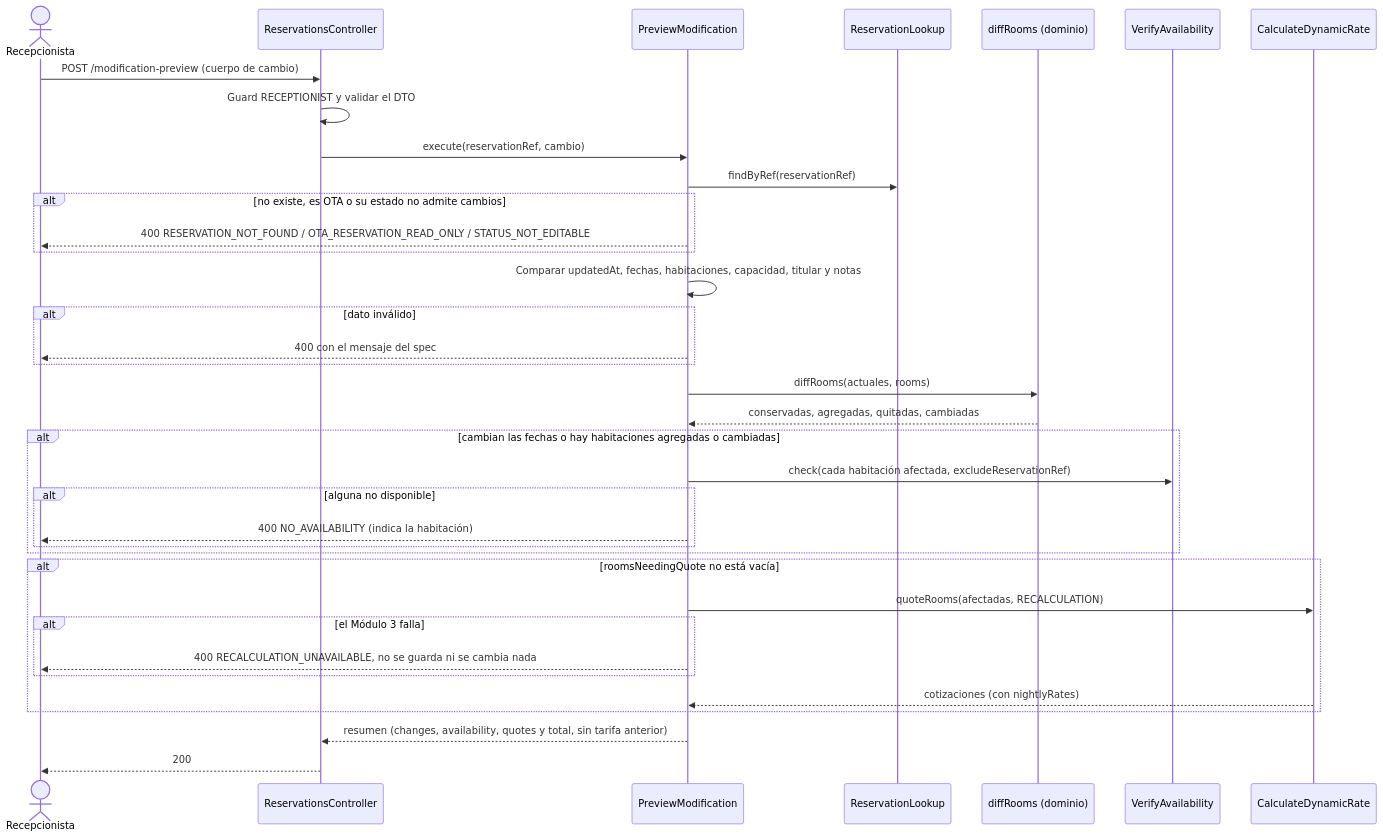
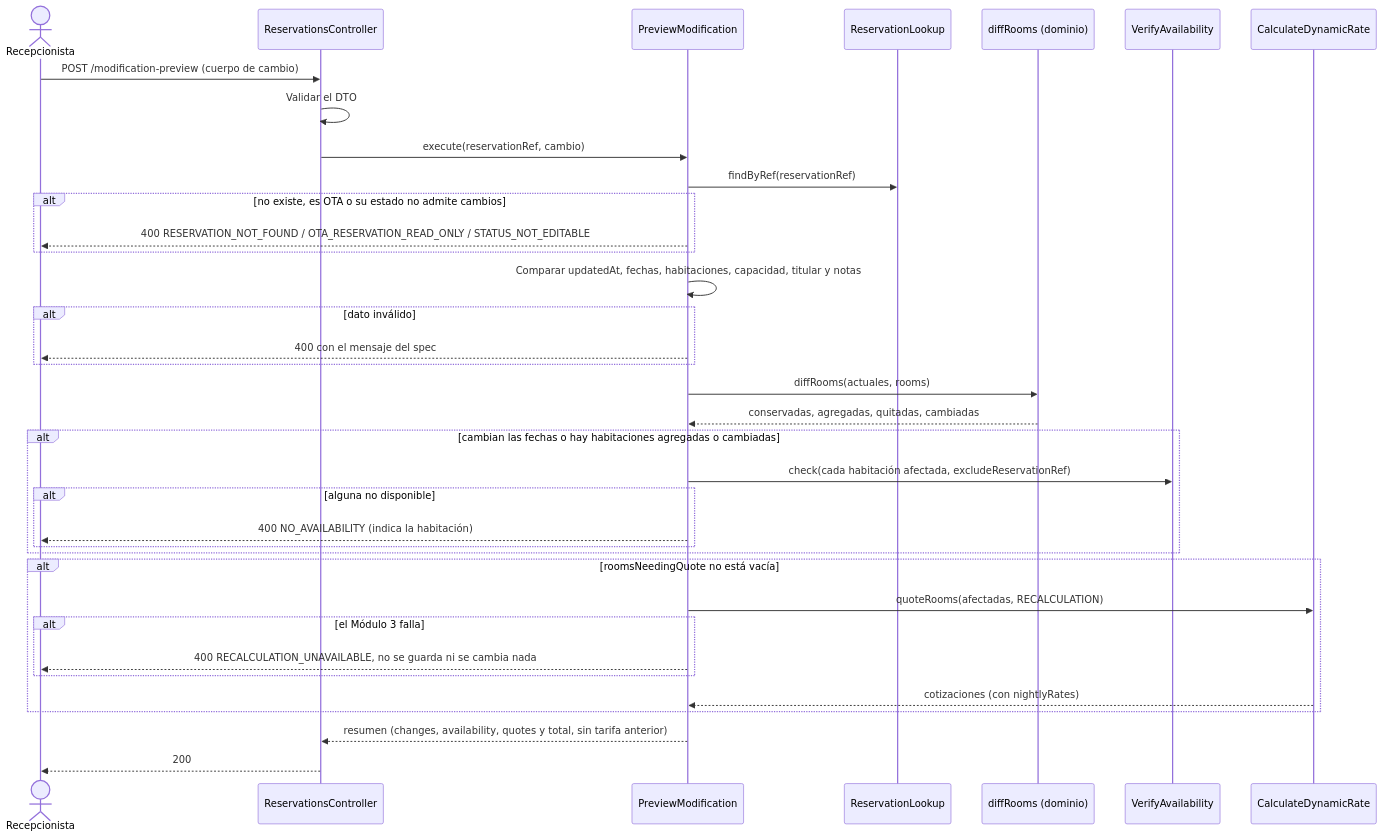
Before and after one commit to Lapicero312-lapi/HOSPITUA-MOD-2: the first of 5 diagrams in specs/update-reservation/plan.md, drawn with Mermaid. The commit also changed other lines of this file and 16 other files, not shown here.

````diff
--- a/specs/update-reservation/plan.md
+++ b/specs/update-reservation/plan.md
@@ -435,39 +435,39 @@
 ```mermaid
 sequenceDiagram
     actor R as Recepcionista
     participant C as ReservationsController
     participant U as PreviewModification
     participant L as ReservationLookup
     participant D as diffRooms (dominio)
     participant V as VerifyAvailability
     participant Q as CalculateDynamicRate
 
     R->>C: POST /modification-preview (cuerpo de cambio)
-    C->>C: Guard RECEPTIONIST y validar el DTO
+    C->>C: Validar el DTO
     C->>U: execute(reservationRef, cambio)
     U->>L: findByRef(reservationRef)
     alt no existe, es OTA o su estado no admite cambios
         U-->>R: 400 RESERVATION_NOT_FOUND / OTA_RESERVATION_READ_ONLY / STATUS_NOT_EDITABLE
     end
     U->>U: Comparar updatedAt, fechas, habitaciones, capacidad, titular y notas
     alt dato inválido
         U-->>R: 400 con el mensaje del spec
     end
     U->>D: diffRooms(actuales, rooms)
     D-->>U: conservadas, agregadas, quitadas, cambiadas
     alt cambian las fechas o hay habitaciones agregadas o cambiadas
         U->>V: check(cada habitación afectada, excludeReservationRef)
         alt alguna no disponible
             U-->>R: 400 NO_AVAILABILITY (indica la habitación)
         end
     end
     alt roomsNeedingQuote no está vacía
         U->>Q: quoteRooms(afectadas, RECALCULATION)
         alt el Módulo 3 falla
             U-->>R: 400 RECALCULATION_UNAVAILABLE, no se guarda ni se cambia nada
         end
         Q-->>U: cotizaciones (con nightlyRates)
     end
     U-->>C: resumen (changes, availability, quotes y total, sin tarifa anterior)
     C-->>R: 200
 ```
````
